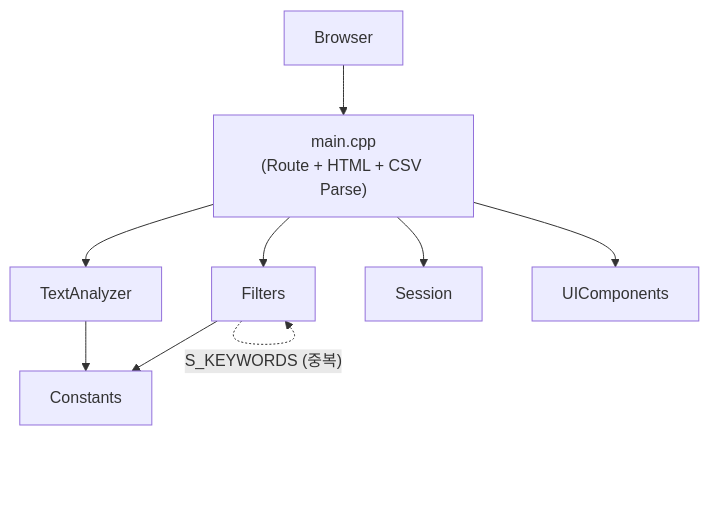
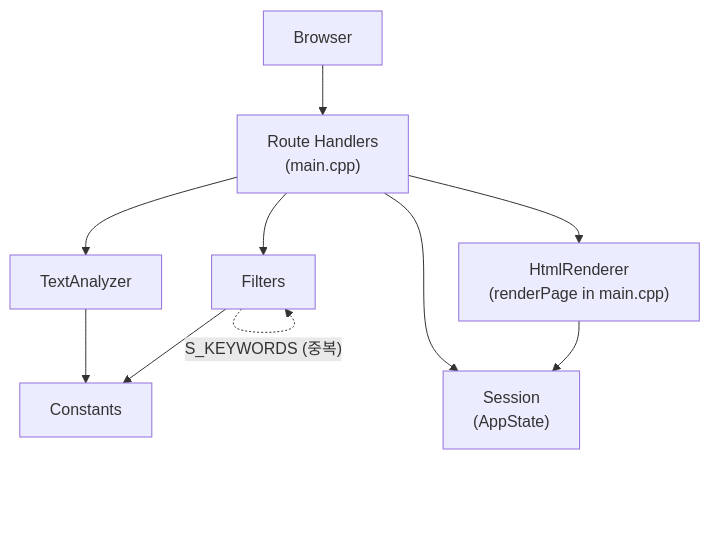
One commit to jvvoung/FeedbackAnalyzer_12 changed the first of 2 diagrams in README.md. Above: the diagram before and after it, drawn with Mermaid. The commit also changed other lines of this file and 3 other files, not shown here.

````diff
--- a/README.md
+++ b/README.md
@@ -250,19 +252,20 @@
 ```mermaid
 flowchart TB
     Browser["Browser"]
-    Main["main.cpp\n(Route + HTML + CSV Parse)"]
+    Main["Route Handlers\n(main.cpp)"]
     TA["TextAnalyzer"]
     F["Filters"]
     C["Constants"]
-    S["Session"]
-    UI["UIComponents"]
+    S["Session\n(AppState)"]
+    HR["HtmlRenderer\n(renderPage in main.cpp)"]
 
     Browser --> Main
     Main --> TA
     Main --> F
     Main --> S
-    Main --> UI
+    Main --> HR
     TA --> C
     F --> C
     F -.->|"S_KEYWORDS (중복)"| F
+    HR --> S
 ```
````
